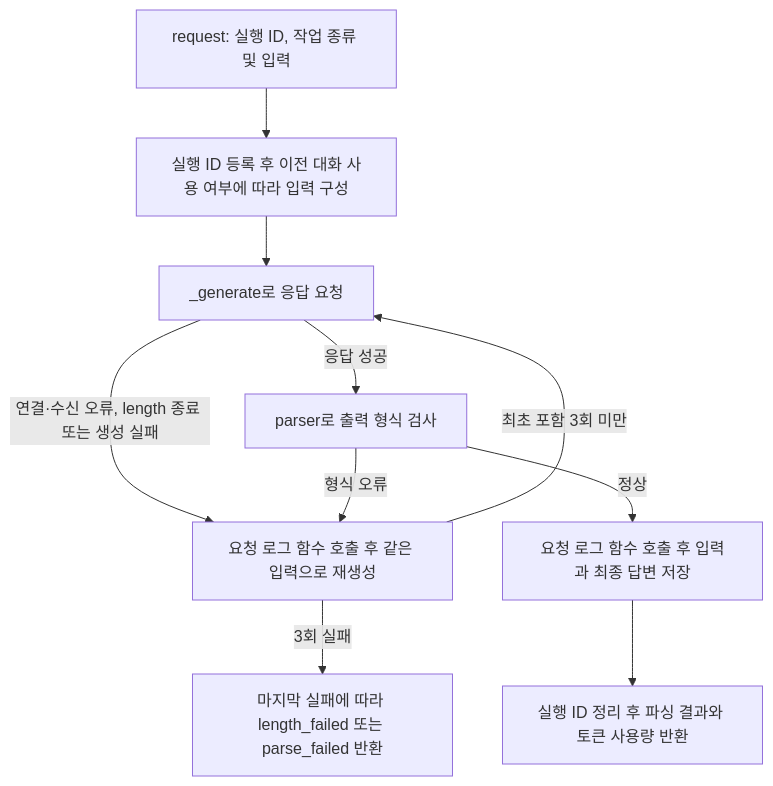
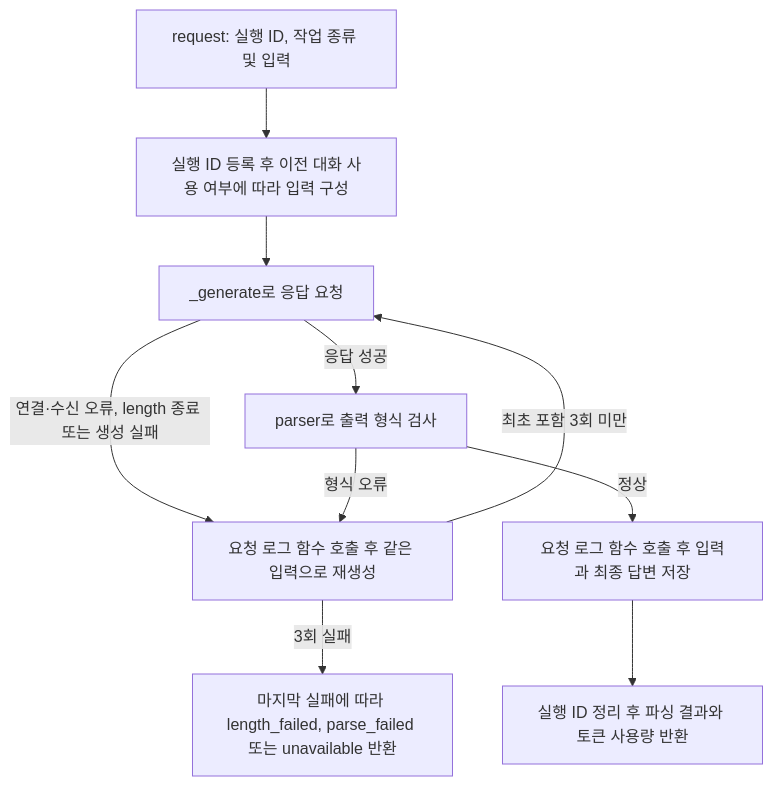
One commit to Inha-zero-two/private-llm-pipeline changed the diagram in docs/local-llm-runner.md. Above: the diagram before and after it, drawn with Mermaid. The commit also changed other lines of this file and 5 other files, not shown here.

````diff
--- a/docs/local-llm-runner.md
+++ b/docs/local-llm-runner.md
@@ -17,12 +17,12 @@
 ```mermaid
 flowchart TD
     A["request: 실행 ID, 작업 종류 및 입력"] --> B["실행 ID 등록 후 이전 대화 사용 여부에 따라 입력 구성"]
     B --> C["_generate로 응답 요청"]
     C -->|응답 성공| D["parser로 출력 형식 검사"]
     C -->|연결·수신 오류, length 종료 또는 생성 실패| E
     D -->|형식 오류| E["요청 로그 함수 호출 후 같은 입력으로 재생성"]
     E -->|최초 포함 3회 미만| C
-    E -->|3회 실패| F["마지막 실패에 따라 length_failed 또는 parse_failed 반환"]
+    E -->|3회 실패| F["마지막 실패에 따라 length_failed, parse_failed 또는 unavailable 반환"]
     D -->|정상| G["요청 로그 함수 호출 후 입력과 최종 답변 저장"]
     G --> H["실행 ID 정리 후 파싱 결과와 토큰 사용량 반환"]
 ```
````
